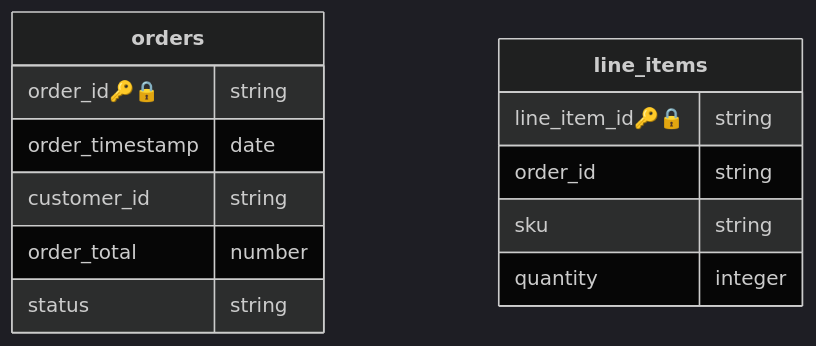
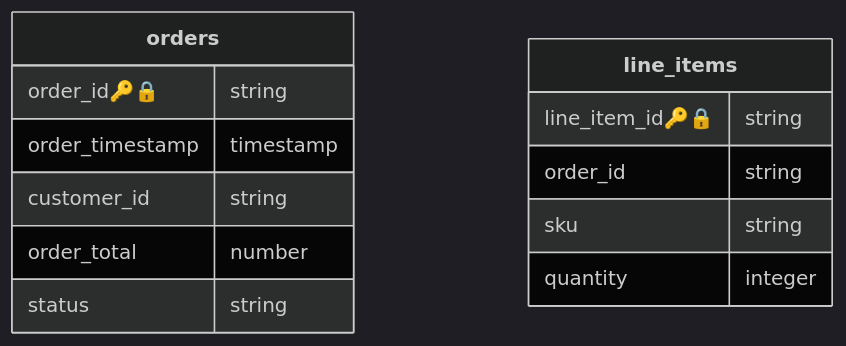
One commit to datacontract/datacontract-cli changed the diagram in docs/docs/exports/mermaid.md. Above: the diagram before and after it, drawn with Mermaid (dark theme). The commit also changed 12 other files, not shown here.

````diff
--- a/docs/docs/exports/mermaid.md
+++ b/docs/docs/exports/mermaid.md
@@ -19,16 +19,16 @@
 ```mermaid
 erDiagram
         "**orders**" {
         order_id🔑🔒 string
-        order_timestamp date
+        order_timestamp timestamp
         customer_id string
         order_total number
         status string
 }
         "**line_items**" {
         line_item_id🔑🔒 string
         order_id string
         sku string
         quantity integer
 }
 ```
````
